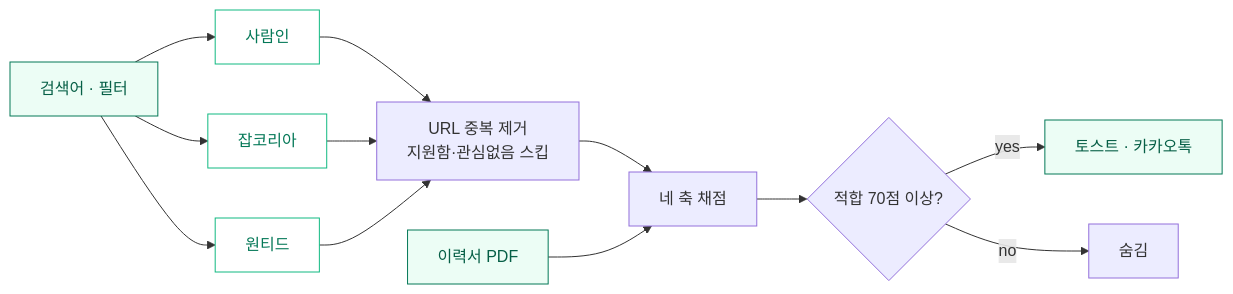
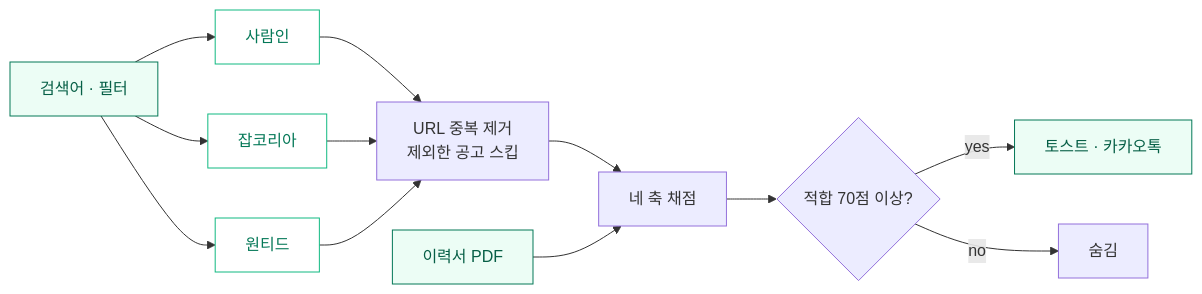
Before and after one commit to kimkuhyun/WHOAREYOU: the diagram in README.md, drawn with Mermaid. The commit also changed 6 other files, not shown here.

````diff
--- a/README.md
+++ b/README.md
@@ -66,16 +66,16 @@
 ```mermaid
 flowchart LR
   KW["검색어 · 필터"]:::e --> SA["사람인"]:::s
   KW --> JK["잡코리아"]:::s
   KW --> WT["원티드"]:::s
-  SA --> DD["URL 중복 제거<br/>지원함·관심없음 스킵"]
+  SA --> DD["URL 중복 제거<br/>제외한 공고 스킵"]
   JK --> DD
   WT --> DD
   DD --> SC["네 축 채점"]
   R["이력서 PDF"]:::e --> SC
   SC --> TH{"적합 70점 이상?"}
   TH -->|yes| NT["토스트 · 카카오톡"]:::e
   TH -->|no| HD["숨김"]
   classDef e fill:#ecfdf5,stroke:#047857,color:#065f46;
   classDef s fill:#ffffff,stroke:#10b981,color:#047857;
 ```
````
